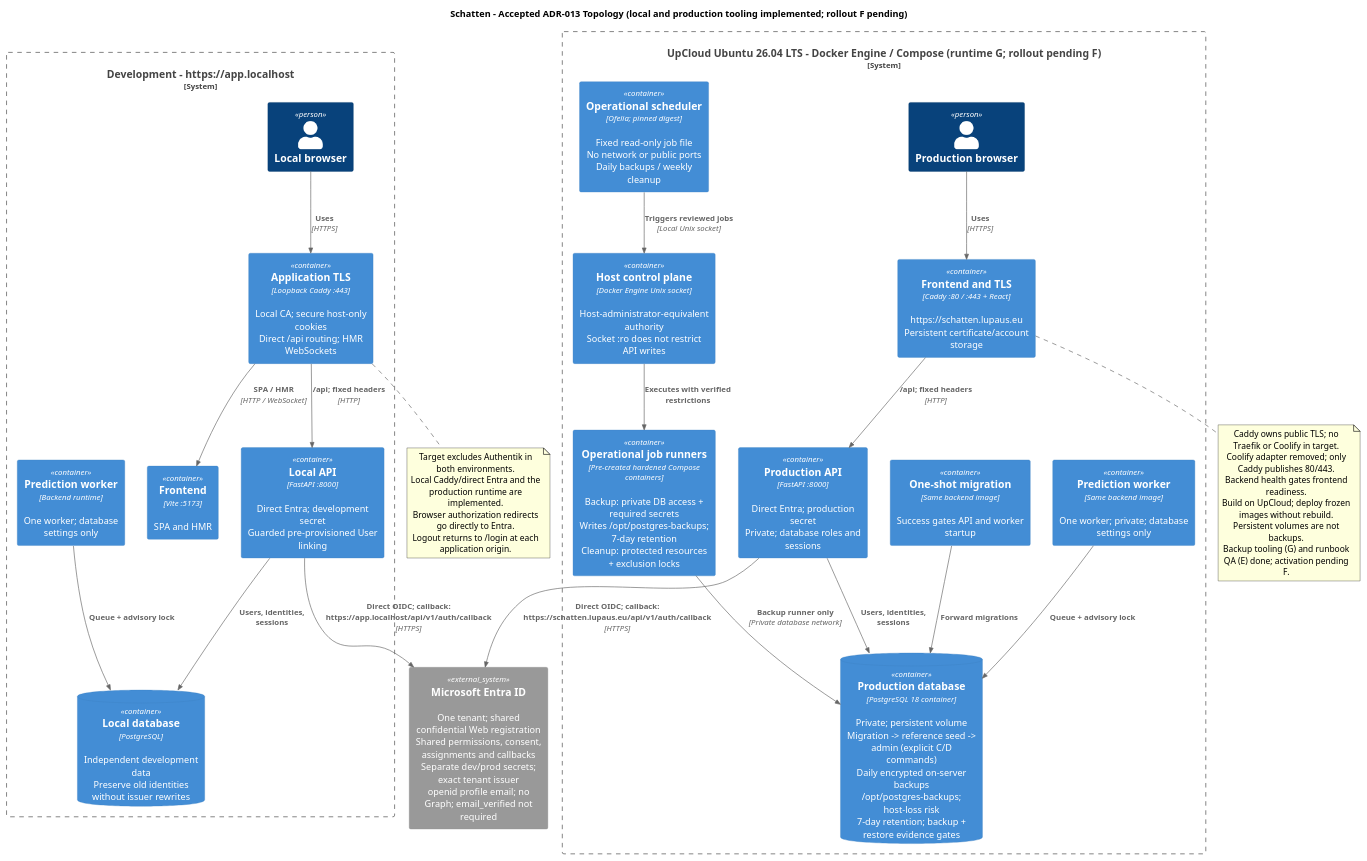
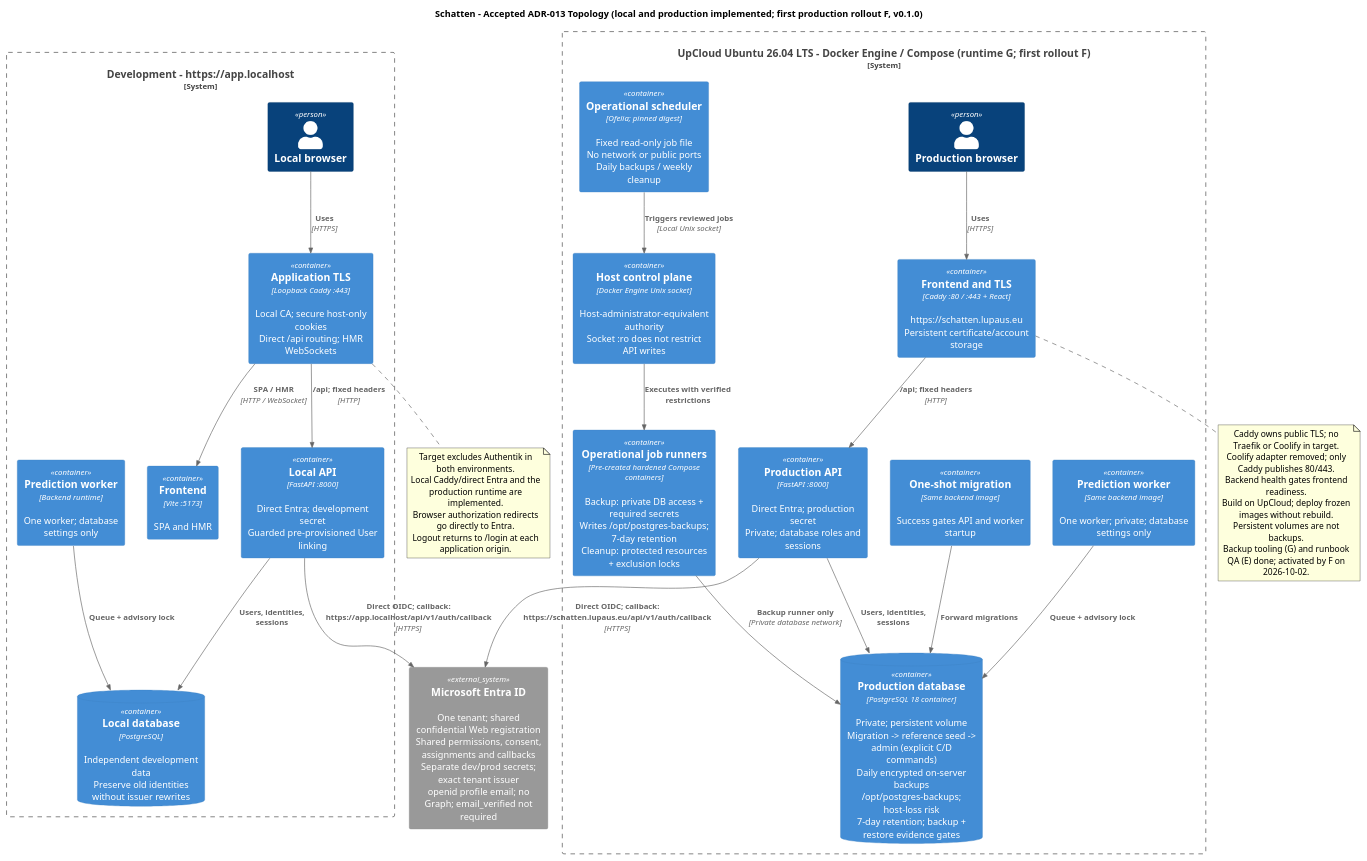
The diagram in docs/diagrams/component-authentication-topology.puml (lupaus-eu/shadow), drawn with PlantUML before and after one commit. The commit also changed 18 other files, not shown here.

First line of the commit message:
Feature/task 059 f first production rollout (#127)

```diff
--- a/docs/diagrams/component-authentication-topology.puml
+++ b/docs/diagrams/component-authentication-topology.puml
@@ -1,61 +1,61 @@
 @startuml
 !include <C4/C4_Container>
-title Schatten - Accepted ADR-013 Topology (local and production tooling implemented; rollout F pending)
+title Schatten - Accepted ADR-013 Topology (local and production implemented; first production rollout F, v0.1.0)
 
 System_Ext(entra, "Microsoft Entra ID", "One tenant; shared confidential Web registration\nShared permissions, consent, assignments and callbacks\nSeparate dev/prod secrets; exact tenant issuer\nopenid profile email; no Graph; email_verified not required")
 
 System_Boundary(local, "Development - https://app.localhost") {
   Person(local_browser, "Local browser")
   Container(app_tls, "Application TLS", "Loopback Caddy :443", "Local CA; secure host-only cookies\nDirect /api routing; HMR WebSockets")
   Container(vite, "Frontend", "Vite :5173", "SPA and HMR")
   Container(local_api, "Local API", "FastAPI :8000", "Direct Entra; development secret\nGuarded pre-provisioned User linking")
   Container(local_worker, "Prediction worker", "Backend runtime", "One worker; database settings only")
   ContainerDb(local_db, "Local database", "PostgreSQL", "Independent development data\nPreserve old identities without issuer rewrites")
 
   Rel(local_browser, app_tls, "Uses", "HTTPS")
   Rel(app_tls, vite, "SPA / HMR", "HTTP / WebSocket")
   Rel(app_tls, local_api, "/api; fixed headers", "HTTP")
   Rel(local_api, local_db, "Users, identities, sessions")
   Rel(local_worker, local_db, "Queue + advisory lock")
 }
 
-System_Boundary(prod, "UpCloud Ubuntu 26.04 LTS - Docker Engine / Compose (runtime G; rollout pending F)") {
+System_Boundary(prod, "UpCloud Ubuntu 26.04 LTS - Docker Engine / Compose (runtime G; first rollout F)") {
   Person(prod_browser, "Production browser")
   Container(caddy, "Frontend and TLS", "Caddy :80 / :443 + React", "https://schatten.lupaus.eu\nPersistent certificate/account storage")
   Container(prod_api, "Production API", "FastAPI :8000", "Direct Entra; production secret\nPrivate; database roles and sessions")
   Container(prod_worker, "Prediction worker", "Same backend image", "One worker; private; database settings only")
   Container(migration, "One-shot migration", "Same backend image", "Success gates API and worker startup")
   Container(ofelia, "Operational scheduler", "Ofelia; pinned digest", "Fixed read-only job file\nNo network or public ports\nDaily backups / weekly cleanup")
   Container(docker_api, "Host control plane", "Docker Engine Unix socket", "Host-administrator-equivalent authority\nSocket :ro does not restrict API writes")
   Container(ops_jobs, "Operational job runners", "Pre-created hardened Compose containers", "Backup: private DB access + required secrets\nWrites /opt/postgres-backups; 7-day retention\nCleanup: protected resources + exclusion locks")
   ContainerDb(prod_db, "Production database", "PostgreSQL 18 container", "Private; persistent volume\nMigration -> reference seed -> admin (explicit C/D commands)\nDaily encrypted on-server backups\n/opt/postgres-backups; host-loss risk\n7-day retention; backup + restore evidence gates")
 
   Rel(prod_browser, caddy, "Uses", "HTTPS")
   Rel(caddy, prod_api, "/api; fixed headers", "HTTP")
   Rel(prod_api, prod_db, "Users, identities, sessions")
   Rel(prod_worker, prod_db, "Queue + advisory lock")
   Rel(migration, prod_db, "Forward migrations")
   Rel(ofelia, docker_api, "Triggers reviewed jobs", "Local Unix socket")
   Rel(docker_api, ops_jobs, "Executes with verified restrictions")
   Rel(ops_jobs, prod_db, "Backup runner only", "Private database network")
 }
 
 Rel(local_api, entra, "Direct OIDC; callback:\nhttps://app.localhost/api/v1/auth/callback", "HTTPS")
 Rel(prod_api, entra, "Direct OIDC; callback:\nhttps://schatten.lupaus.eu/api/v1/auth/callback", "HTTPS")
 
 note bottom of app_tls
   Target excludes Authentik in both environments.
   Local Caddy/direct Entra and the production runtime are implemented.
   Browser authorization redirects go directly to Entra.
   Logout returns to /login at each application origin.
 end note
 
 note bottom of caddy
   Caddy owns public TLS; no Traefik or Coolify in target.
   Coolify adapter removed; only Caddy publishes 80/443.
   Backend health gates frontend readiness.
   Build on UpCloud; deploy frozen images without rebuild.
   Persistent volumes are not backups.
-  Backup tooling (G) and runbook QA (E) done; activation pending F.
+  Backup tooling (G) and runbook QA (E) done; activated by F on 2026-10-02.
 end note
 @enduml
```
